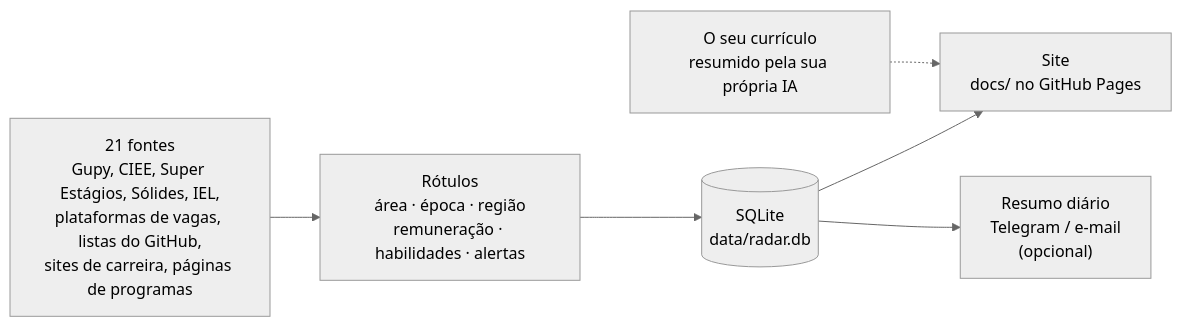
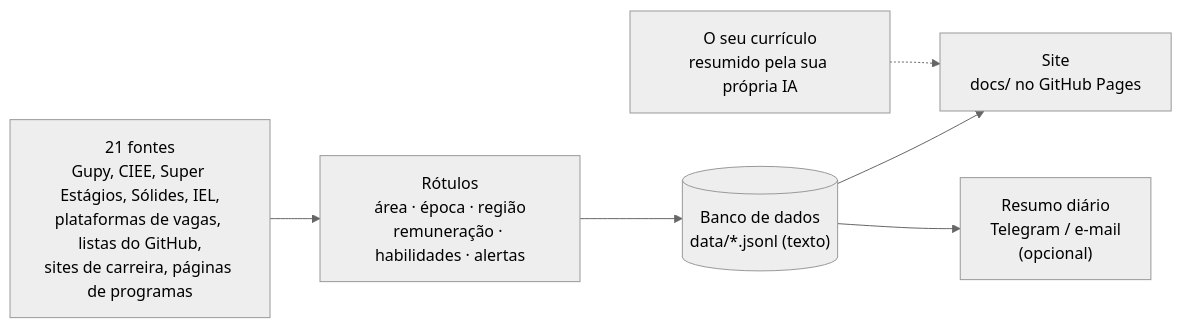
The diagram in README.md (PedroCamargoLINCE/opportunity-radar), drawn with Mermaid (neutral theme) before and after one commit. The commit also changed 9 other files, not shown here.

````diff
--- a/README.md
+++ b/README.md
@@ -97,8 +97,8 @@
 ```mermaid
 flowchart LR
     A["21 fontes<br/>Gupy, CIEE, Super Estágios, Sólides, IEL,<br/>plataformas de vagas, listas do GitHub,<br/>sites de carreira, páginas de programas"] --> B["Rótulos<br/>área · época · região<br/>remuneração · habilidades · alertas"]
-    B --> C[("SQLite<br/>data/radar.db")]
+    B --> C[("Banco de dados<br/>data/*.jsonl (texto)")]
     R["O seu currículo<br/>resumido pela sua própria IA"] -.-> D
     C --> D["Site<br/>docs/ no GitHub Pages"]
     C --> E["Resumo diário<br/>Telegram / e-mail<br/>(opcional)"]
 ```
````
